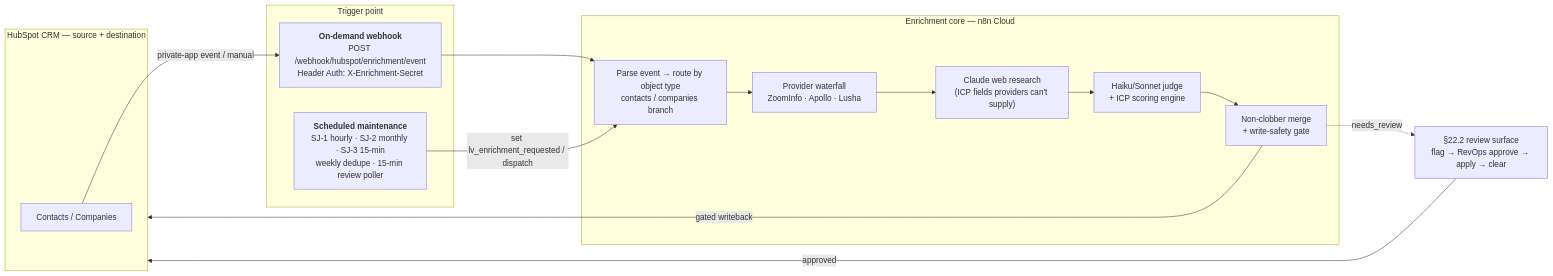
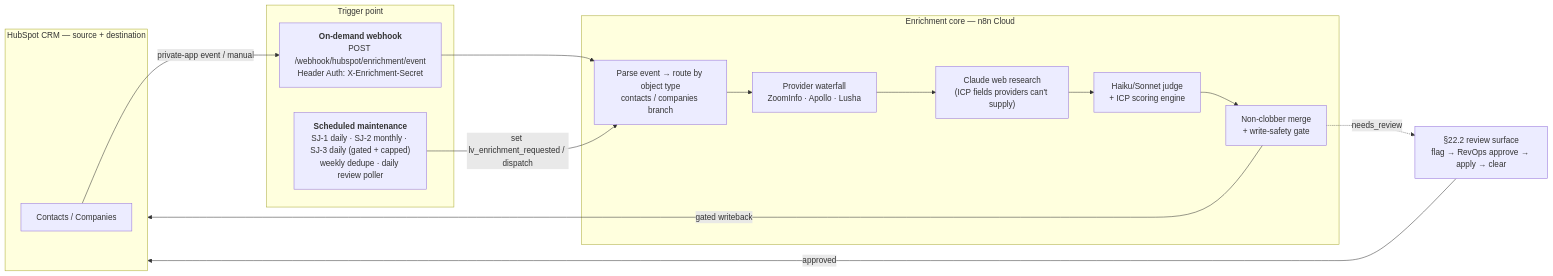
One commit to AusGTM/lightning-visuals-n8n changed the diagram in README.md. Above: the diagram before and after it, drawn with Mermaid. The commit also changed other lines of this file and 11 other files, not shown here.

````diff
--- a/README.md
+++ b/README.md
@@ -13,29 +13,29 @@
 ```mermaid
 flowchart LR
   subgraph HS["HubSpot CRM — source + destination"]
     REC["Contacts / Companies"]
   end
 
   subgraph TRIG["Trigger point"]
     WH["<b>On-demand webhook</b><br/>POST /webhook/hubspot/enrichment/event<br/>Header Auth: X-Enrichment-Secret"]
-    SCH["<b>Scheduled maintenance</b><br/>SJ-1 hourly · SJ-2 monthly · SJ-3 15-min<br/>weekly dedupe · 15-min review poller"]
+    SCH["<b>Scheduled maintenance</b><br/>SJ-1 daily · SJ-2 monthly · SJ-3 daily (gated + capped)<br/>weekly dedupe · daily review poller"]
   end
 
   subgraph CORE["Enrichment core — n8n Cloud"]
     ROUTE["Parse event → route by object type<br/>contacts / companies branch"]
     WF["Provider waterfall<br/>ZoomInfo · Apollo · Lusha"]
     RES["Claude web research<br/>(ICP fields providers can't supply)"]
     JUDGE["Haiku/Sonnet judge<br/>+ ICP scoring engine"]
     MERGE["Non-clobber merge<br/>+ write-safety gate"]
   end
 
   REVIEW["§22.2 review surface<br/>flag → RevOps approve → apply → clear"]
 
   REC -->|private-app event / manual| WH
   WH --> ROUTE
   SCH -->|set lv_enrichment_requested / dispatch| ROUTE
   ROUTE --> WF --> RES --> JUDGE --> MERGE
   MERGE -->|gated writeback| HS
   MERGE -.->|needs_review| REVIEW
   REVIEW -->|approved| HS
 ```
````
